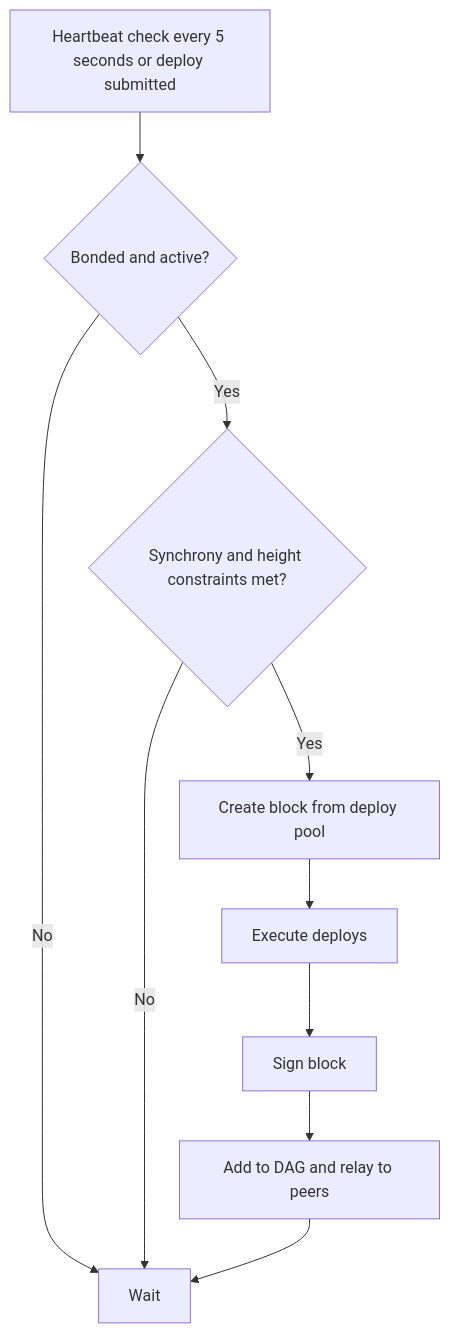
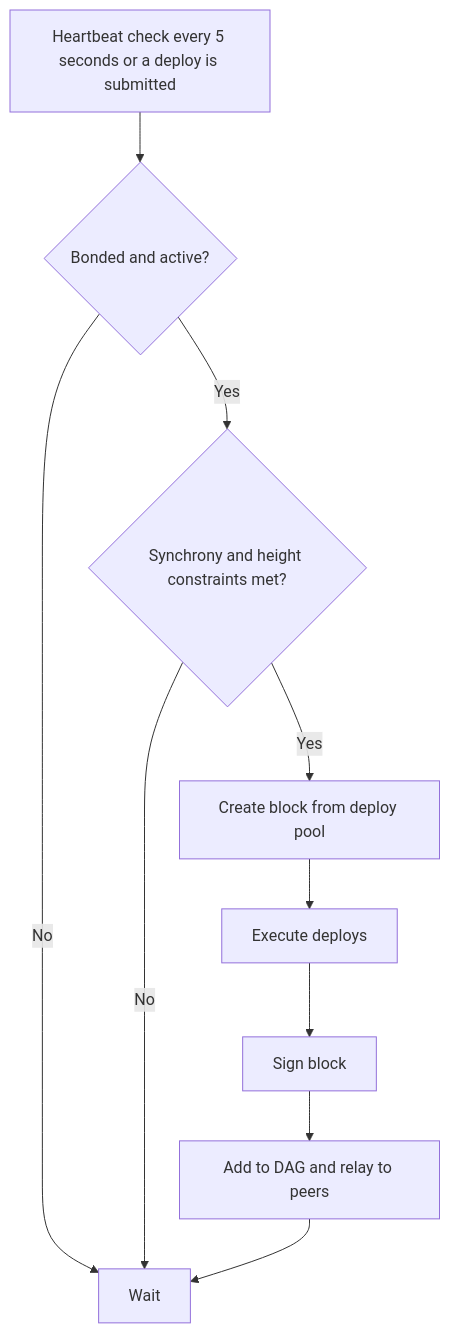
One commit to asi-alliance/asi-chain-docs-portal changed the first of 2 diagrams in architecture/state-diagrams/operations/index.md. Above: the diagram before and after it, drawn with Mermaid. The commit also changed other lines of this file and 16 other files, not shown here.

Commit message:
[AS-913] Edit language on app and architecture pages

````diff
--- a/architecture/state-diagrams/operations/index.md
+++ b/architecture/state-diagrams/operations/index.md
@@ -22,12 +22,12 @@
 ```mermaid
 flowchart TD
-    T[Heartbeat check every 5 seconds or deploy submitted] --> A{Bonded and active?}
+    T[Heartbeat check every 5 seconds or a deploy is submitted] --> A{Bonded and active?}
     A -->|No| W[Wait]
     A -->|Yes| C{Synchrony and height constraints met?}
     C -->|No| W
     C -->|Yes| B[Create block from deploy pool]
     B --> E[Execute deploys]
     E --> S[Sign block]
     S --> R[Add to DAG and relay to peers]
     R --> W
 ```
````
